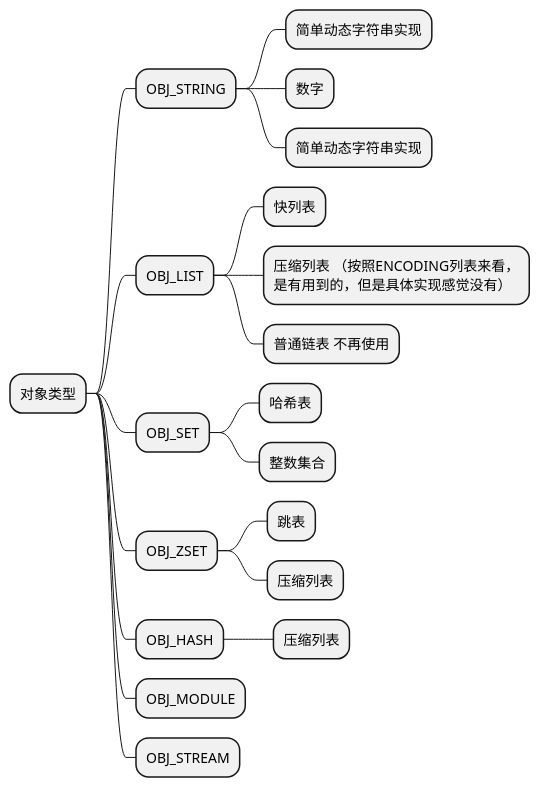
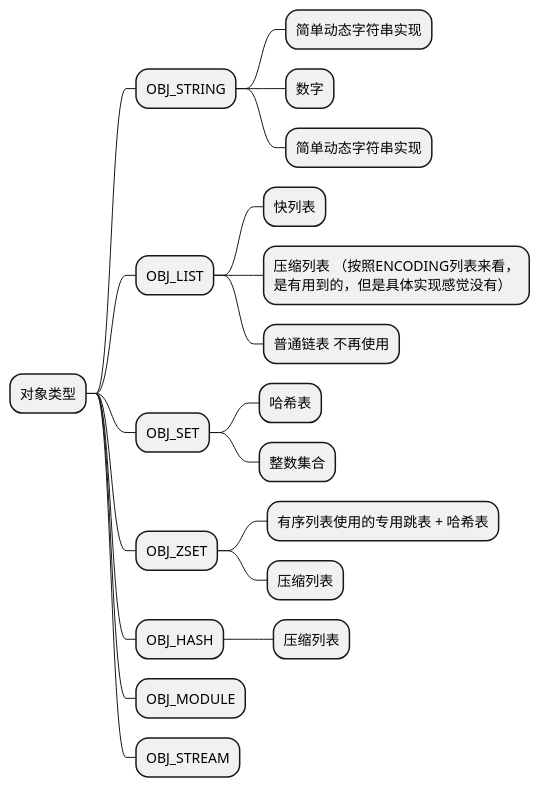
Before and after one commit to er1c-zh/blog: the diagram in site/content/post/redis/data_struct.md, drawn with PlantUML. The commit also changed other lines of this file and 2 other files, not shown here.

````diff
--- a/site/content/post/redis/data_struct.md
+++ b/site/content/post/redis/data_struct.md
@@ -107,25 +107,25 @@
 ```plantuml
 @startmindmap
 
 * 对象类型
 ** OBJ_STRING
 *** 简单动态字符串实现
 *** 数字
 *** 简单动态字符串实现
 ** OBJ_LIST
 *** 快列表
 *** 压缩列表 （按照ENCODING列表来看，\n是有用到的，但是具体实现感觉没有）
 *** 普通链表 不再使用
 ** OBJ_SET
 *** 哈希表
 *** 整数集合
 ** OBJ_ZSET
-*** 跳表
+*** 有序列表使用的专用跳表 + 哈希表
 *** 压缩列表
 ** OBJ_HASH
 *** 压缩列表
 ** OBJ_MODULE
 ** OBJ_STREAM
 
 @endmindmap
 ```
````
